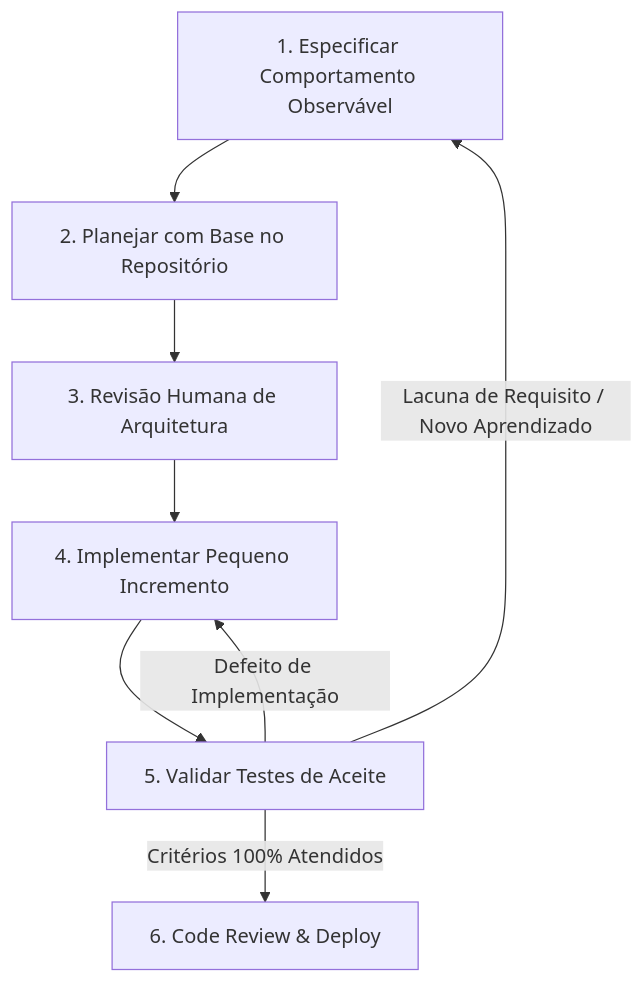
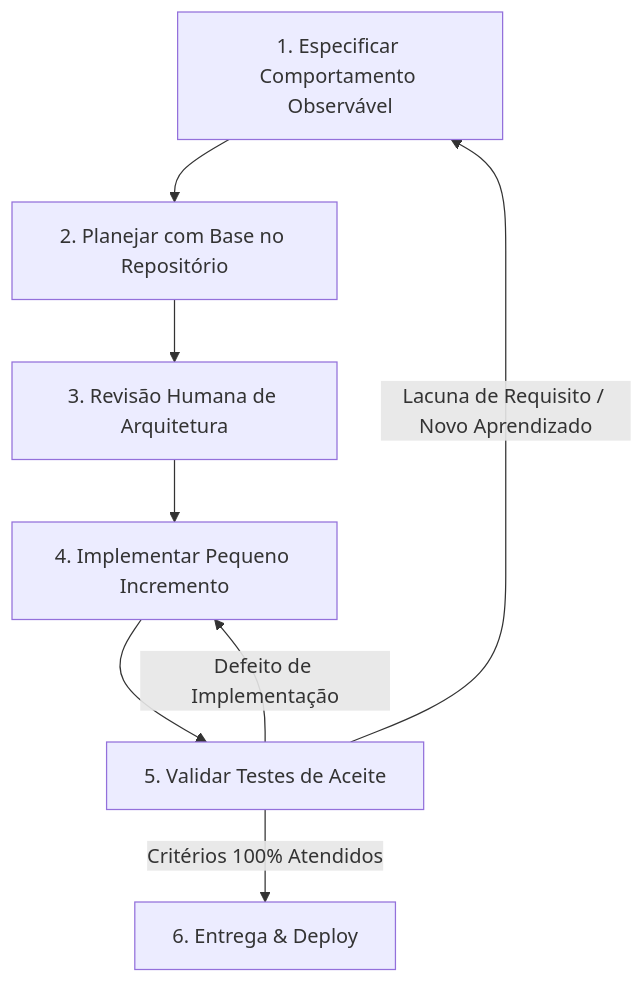
Before and after one commit to marcelomiyake/marcelomiyake.github.io: the diagram in _posts/2026-09-21-spec-driven-development-pt-br.markdown, drawn with Mermaid. The commit also changed other lines of this file and 21 other files, not shown here.

First line of the commit message:
fix(blog): update facts, make diagrams legible, and align translations

````diff
--- a/_posts/2026-09-21-spec-driven-development-pt-br.markdown
+++ b/_posts/2026-09-21-spec-driven-development-pt-br.markdown
@@ -148,12 +148,12 @@
 ```mermaid
 flowchart TD
     accTitle: Ciclo iterativo de Spec-Driven Development
     accDescr: Especifica o comportamento observável, planeja com base no código, revisa decisões, implementa em pequenos incrementos e valida testes de aceite. Defeitos retornam à implementação; lacunas atualizam a especificação.
     S["1. Especificar Comportamento Observável"] --> P["2. Planejar com Base no Repositório"]
     P --> R["3. Revisão Humana de Arquitetura"]
     R --> I["4. Implementar Pequeno Incremento"]
     I --> V["5. Validar Testes de Aceite"]
     V -- "Defeito de Implementação" --> I
     V -- "Lacuna de Requisito / Novo Aprendizado" --> S
-    V -- "Critérios 100% Atendidos" --> D["6. Code Review & Deploy"]
+    V -- "Critérios 100% Atendidos" --> D["6. Entrega & Deploy"]
 ```
````
